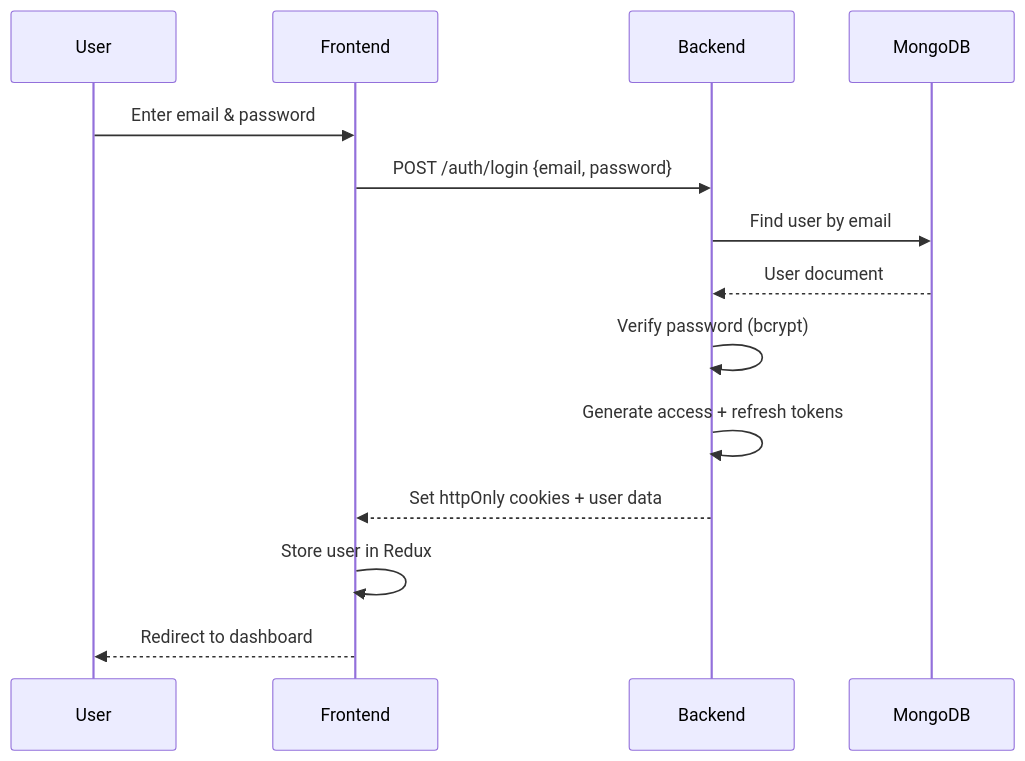
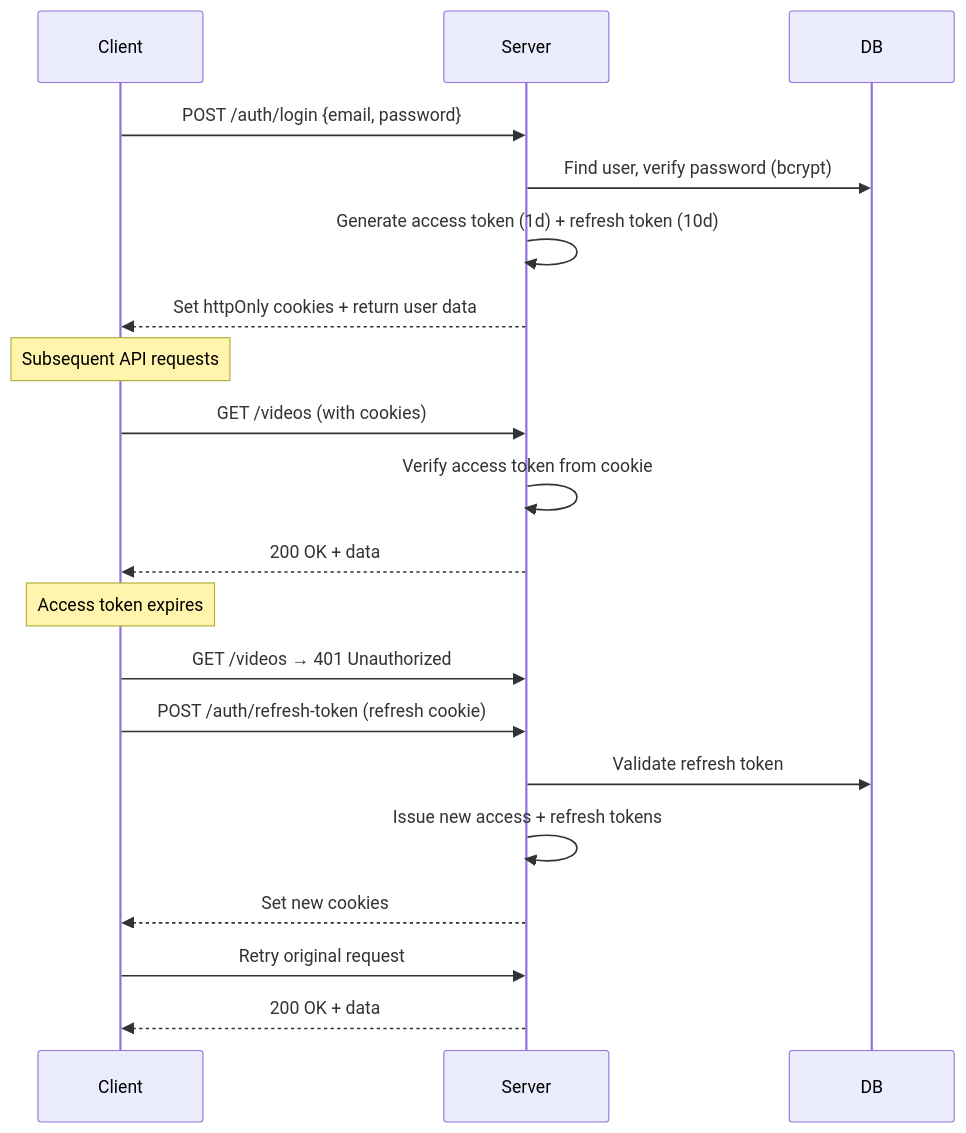
One commit to Makwana-Nikunj/b changed the second of 4 diagrams in README.md. Above: the diagram before and after it, drawn with Mermaid. The commit also changed other lines of this file and 1 other file, not shown here.

````diff
--- a/README.md
+++ b/README.md
@@ -180,17 +437,27 @@
 ```mermaid
 sequenceDiagram
-    participant User
-    participant Frontend
-    participant Backend
-    participant MongoDB
+    participant Client
+    participant Server
+    participant DB
 
-    User->>Frontend: Enter email & password
-    Frontend->>Backend: POST /auth/login {email, password}
-    Backend->>MongoDB: Find user by email
-    MongoDB-->>Backend: User document
-    Backend->>Backend: Verify password (bcrypt)
-    Backend->>Backend: Generate access + refresh tokens
-    Backend-->>Frontend: Set httpOnly cookies + user data
-    Frontend->>Frontend: Store user in Redux
-    Frontend-->>User: Redirect to dashboard
+    Client->>Server: POST /auth/login {email, password}
+    Server->>DB: Find user, verify password (bcrypt)
+    Server->>Server: Generate access token (1d) + refresh token (10d)
+    Server-->>Client: Set httpOnly cookies + return user data
+
+    Note over Client: Subsequent API requests
+
+    Client->>Server: GET /videos (with cookies)
+    Server->>Server: Verify access token from cookie
+    Server-->>Client: 200 OK + data
+
+    Note over Client: Access token expires
+
+    Client->>Server: GET /videos → 401 Unauthorized
+    Client->>Server: POST /auth/refresh-token (refresh cookie)
+    Server->>DB: Validate refresh token
+    Server->>Server: Issue new access + refresh tokens
+    Server-->>Client: Set new cookies
+    Client->>Server: Retry original request
+    Server-->>Client: 200 OK + data
 ```
````
